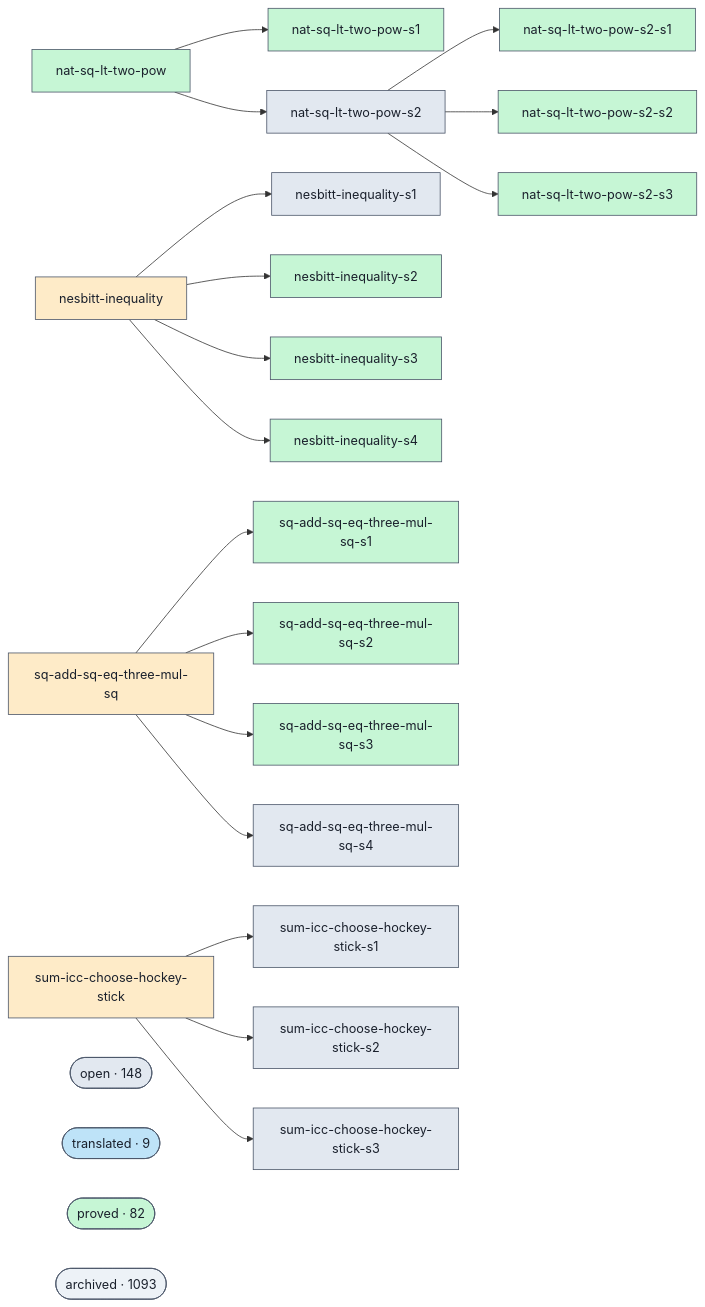
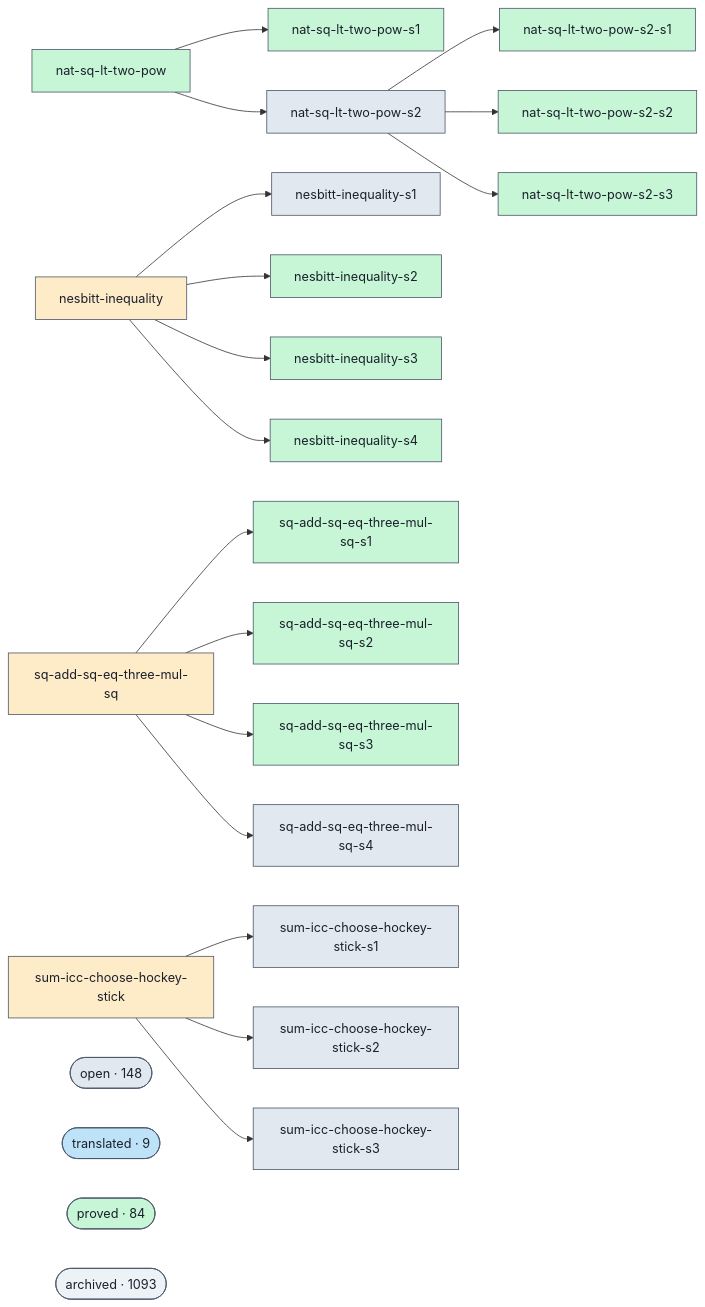
Before and after one commit to Rauxon/unsorry: the diagram in docs/proofs-contributors-visualisation.md, drawn with Mermaid. The commit also changed other lines of this file and 2 other files, not shown here.

```diff
--- a/docs/proofs-contributors-visualisation.md
+++ b/docs/proofs-contributors-visualisation.md
@@ -102,7 +102,7 @@
   class cluster_open open;
   cluster_translated(["translated · 9"])
   class cluster_translated translated;
-  cluster_proved(["proved · 82"])
+  cluster_proved(["proved · 84"])
   class cluster_proved proved;
   cluster_archived(["archived · 1093"])
   class cluster_archived unknown;
```
